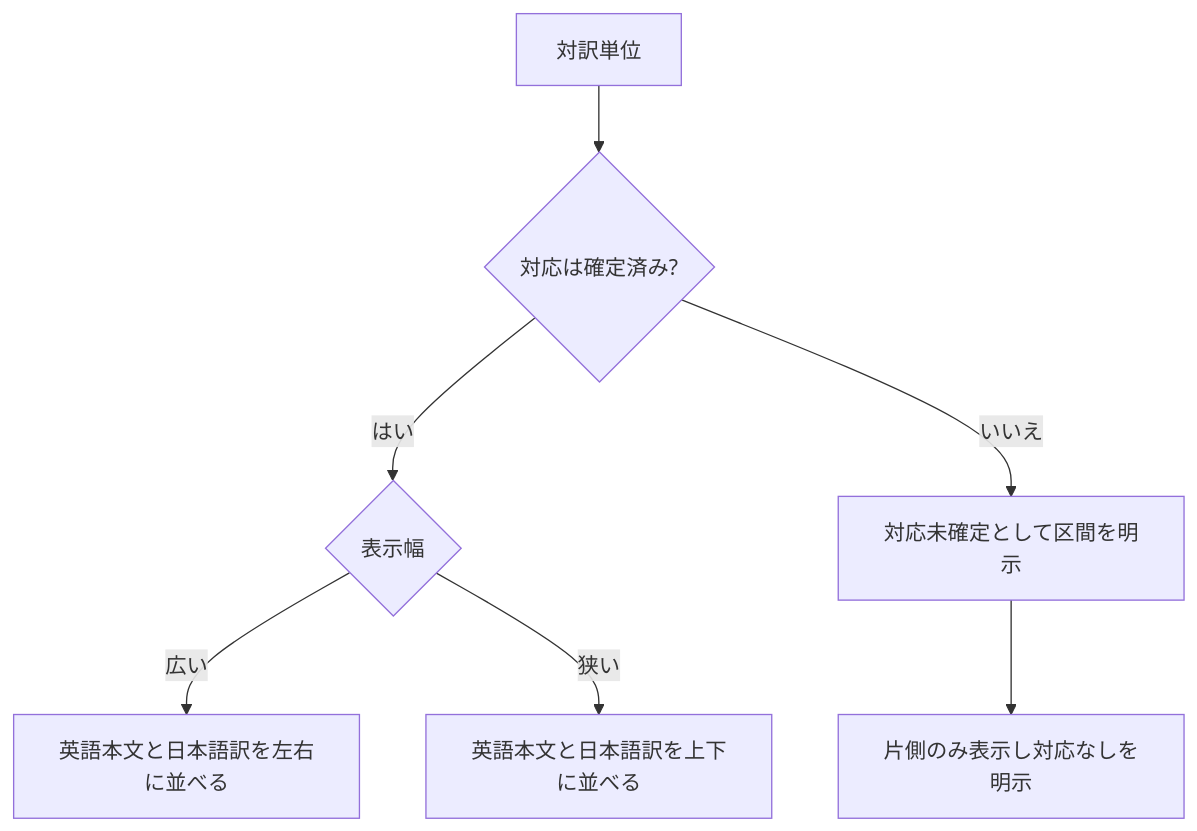
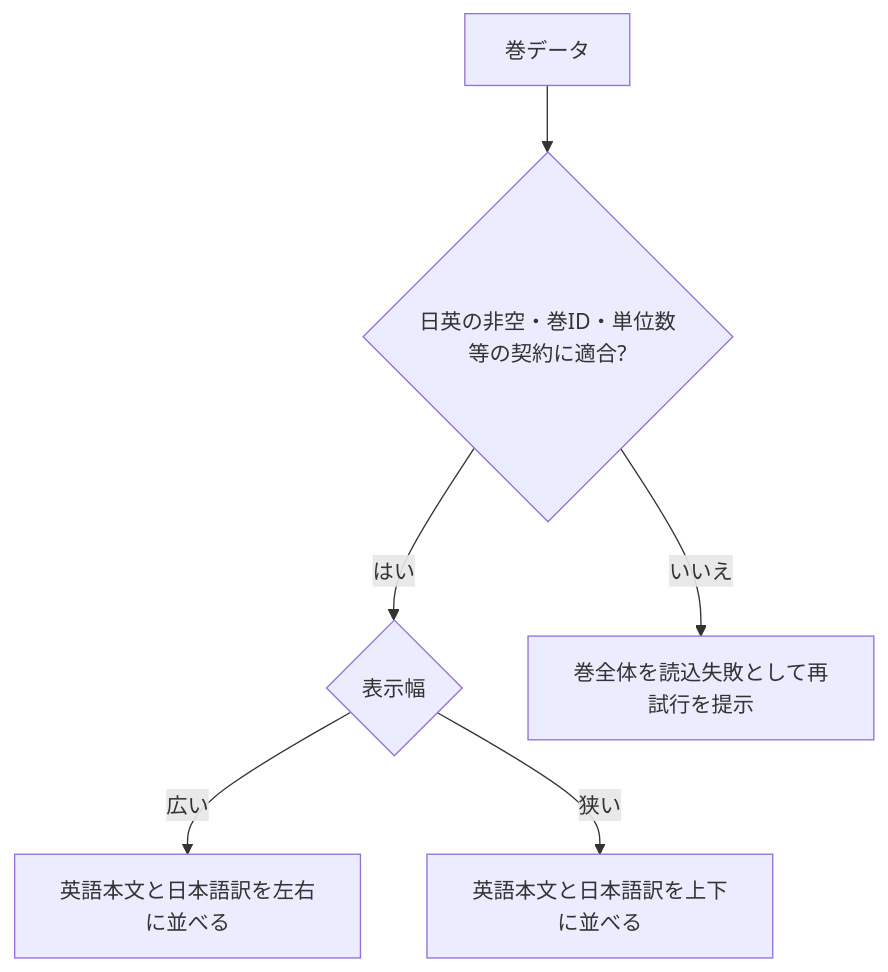
The third of 8 diagrams in FLOW.md (hogehonya/homer-reader), drawn with Mermaid before and after one commit. The commit also changed other lines of this file and 4 other files, not shown here.

````diff
--- a/FLOW.md
+++ b/FLOW.md
@@ -41,9 +45,8 @@
 ```mermaid
 flowchart TD
-    A[対訳単位] --> B{対応は確定済み?}
+    A[巻データ] --> B{日英の非空・巻ID・単位数等の契約に適合?}
     B -->|はい| C{表示幅}
-    B -->|いいえ| D[対応未確定として区間を明示]
-    D --> E[片側のみ表示し対応なしを明示]
+    B -->|いいえ| D[巻全体を読込失敗として再試行を提示]
     C -->|広い| F[英語本文と日本語訳を左右に並べる]
     C -->|狭い| G[英語本文と日本語訳を上下に並べる]
 ```
````
